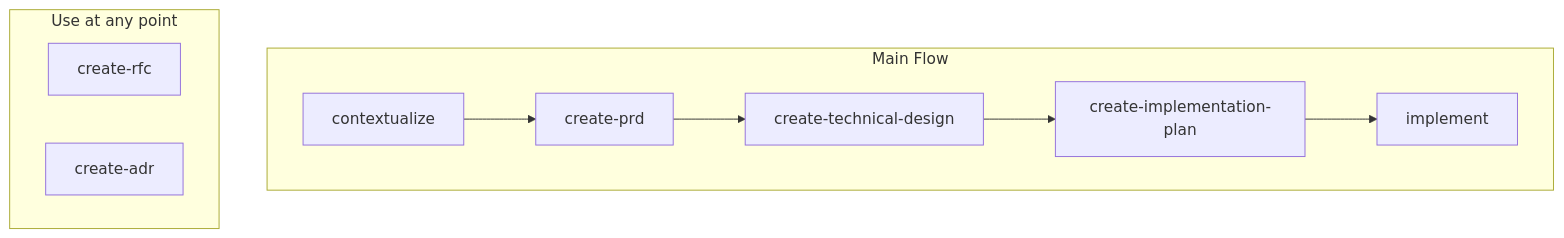
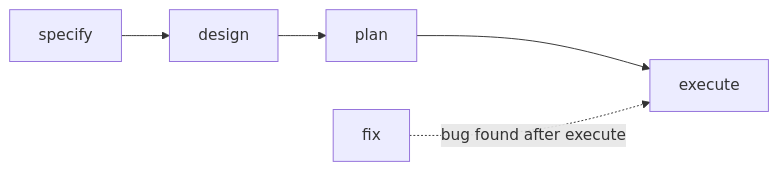
Before and after one commit to emiliosheinz/agent-skills: the diagram in README.md, drawn with Mermaid. The commit also changed other lines of this file and 28 other files, not shown here.

````diff
--- a/README.md
+++ b/README.md
@@ -50,13 +45,5 @@
 ```mermaid
-flowchart TB
-    subgraph main["Main Flow"]
-        direction LR
-        CTX["contextualize"] --> PRD["create-prd"] --> TD["create-technical-design"] --> IP["create-implementation-plan"] --> IMP["implement"]
-    end
-
-    subgraph lateral["Use at any point"]
-        direction LR
-        RFC["create-rfc"]
-        ADR["create-adr"]
-    end
+flowchart LR
+    SP["specify"] --> DE["design"] --> PL["plan"] --> EX["execute"]
+    FX["fix"] -.->|bug found after execute| EX
 ```
````
